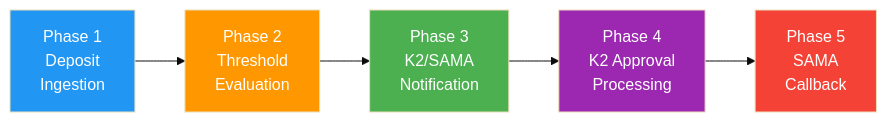
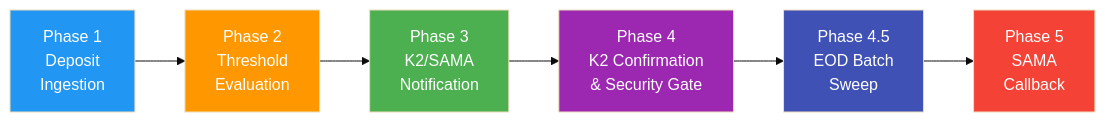
Before and after one commit to MahmoudKRashed/transactionIqn: the second of 10 diagrams in Fullfilment/high_level_design.md, drawn with Mermaid (base theme). The commit also changed other lines of this file, not shown here.

````diff
--- a/Fullfilment/high_level_design.md
+++ b/Fullfilment/high_level_design.md
@@ -87,16 +87,18 @@
 ```mermaid
 graph LR
     P1["Phase 1<br/>Deposit<br/>Ingestion"]
     P2["Phase 2<br/>Threshold<br/>Evaluation"]
     P3["Phase 3<br/>K2/SAMA<br/>Notification"]
-    P4["Phase 4<br/>K2 Approval<br/>Processing"]
+    P4["Phase 4<br/>K2 Confirmation<br/>& Security Gate"]
+    P4b["Phase 4.5<br/>EOD Batch<br/>Sweep"]
     P5["Phase 5<br/>SAMA<br/>Callback"]
 
-    P1 --> P2 --> P3 --> P4 --> P5
+    P1 --> P2 --> P3 --> P4 --> P4b --> P5
 
     style P1 fill:#2196F3,color:#fff
     style P2 fill:#FF9800,color:#fff
     style P3 fill:#4CAF50,color:#fff
     style P4 fill:#9C27B0,color:#fff
+    style P4b fill:#3F51B5,color:#fff
     style P5 fill:#F44336,color:#fff
 ```
````
